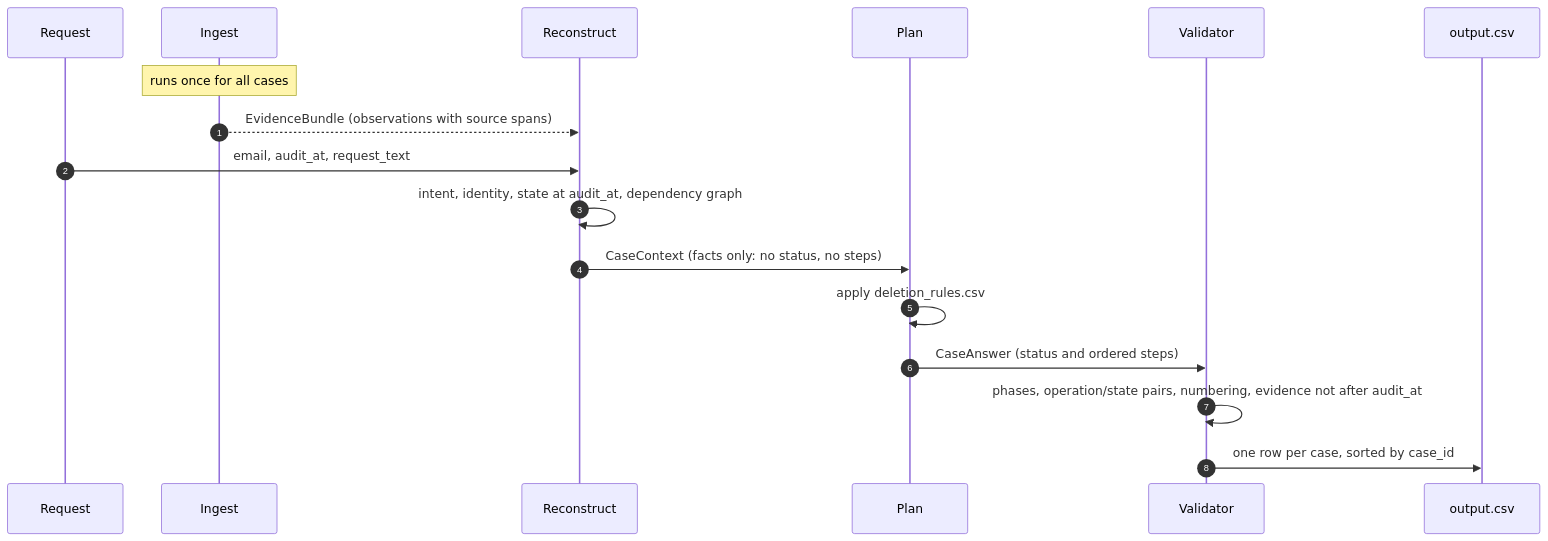
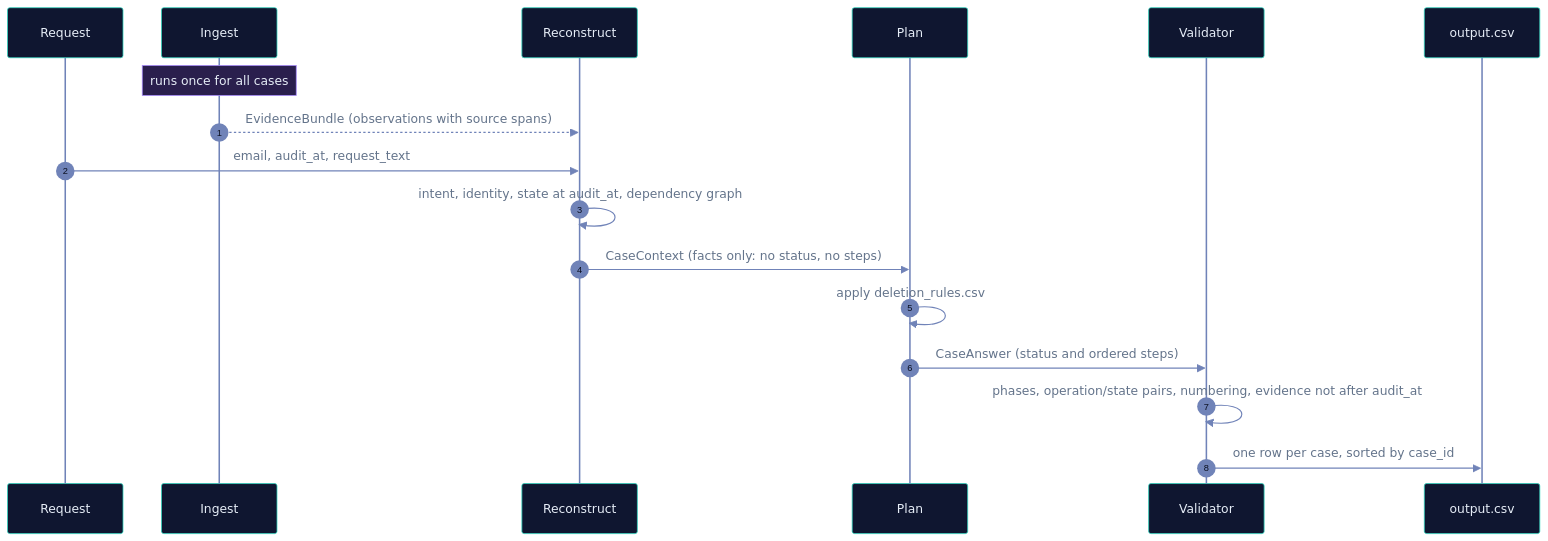
The first of 2 diagrams in README.md (Ashish-AIML-systems/ghosttrace), drawn with Mermaid before and after one commit. The commit also changed other lines of this file and 4 other files, not shown here.

First line of the commit message:
docs(readme): professional decision flow, verdict cards, pattern chart

````diff
--- a/README.md
+++ b/README.md
@@ -71,19 +52,20 @@
 ```mermaid
+%%{init: {'theme':'base','themeVariables':{'primaryColor':'#0f1630','primaryTextColor':'#e6edf7','primaryBorderColor':'#2dd4bf','actorBkg':'#0f1630','actorBorder':'#2dd4bf','actorTextColor':'#e6edf7','actorLineColor':'#7083b8','signalColor':'#7083b8','signalTextColor':'#64748b','noteBkgColor':'#2a1f4d','noteBorderColor':'#a78bfa','noteTextColor':'#e6edf7','sequenceNumberColor':'#0b1020'}}}%%
 sequenceDiagram
     autonumber
     participant Q as Request
     participant I as Ingest
     participant R as Reconstruct
     participant P as Plan
     participant V as Validator
     participant O as output.csv
     Note over I: runs once for all cases
     I-->>R: EvidenceBundle (observations with source spans)
     Q->>R: email, audit_at, request_text
     R->>R: intent, identity, state at audit_at, dependency graph
     R->>P: CaseContext (facts only: no status, no steps)
     P->>P: apply deletion_rules.csv
     P->>V: CaseAnswer (status and ordered steps)
     V->>V: phases, operation/state pairs, numbering, evidence not after audit_at
     V->>O: one row per case, sorted by case_id
 ```
````
